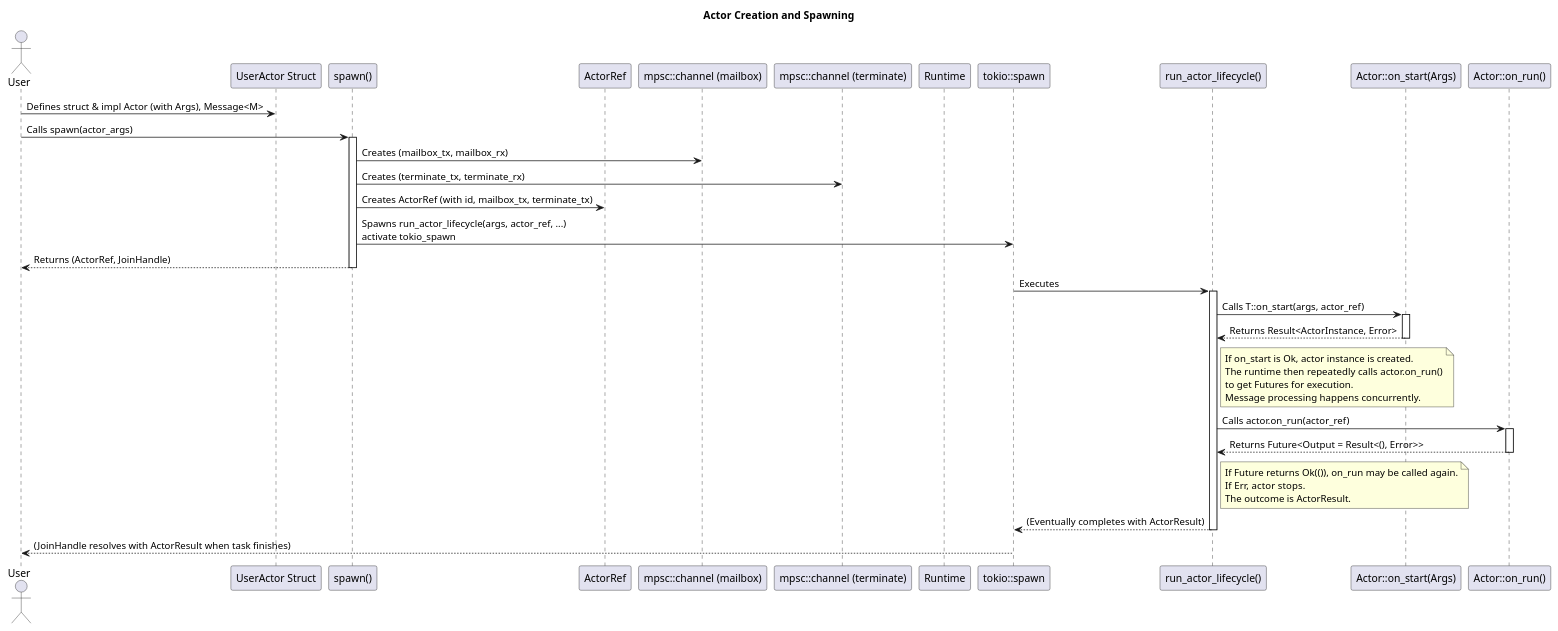
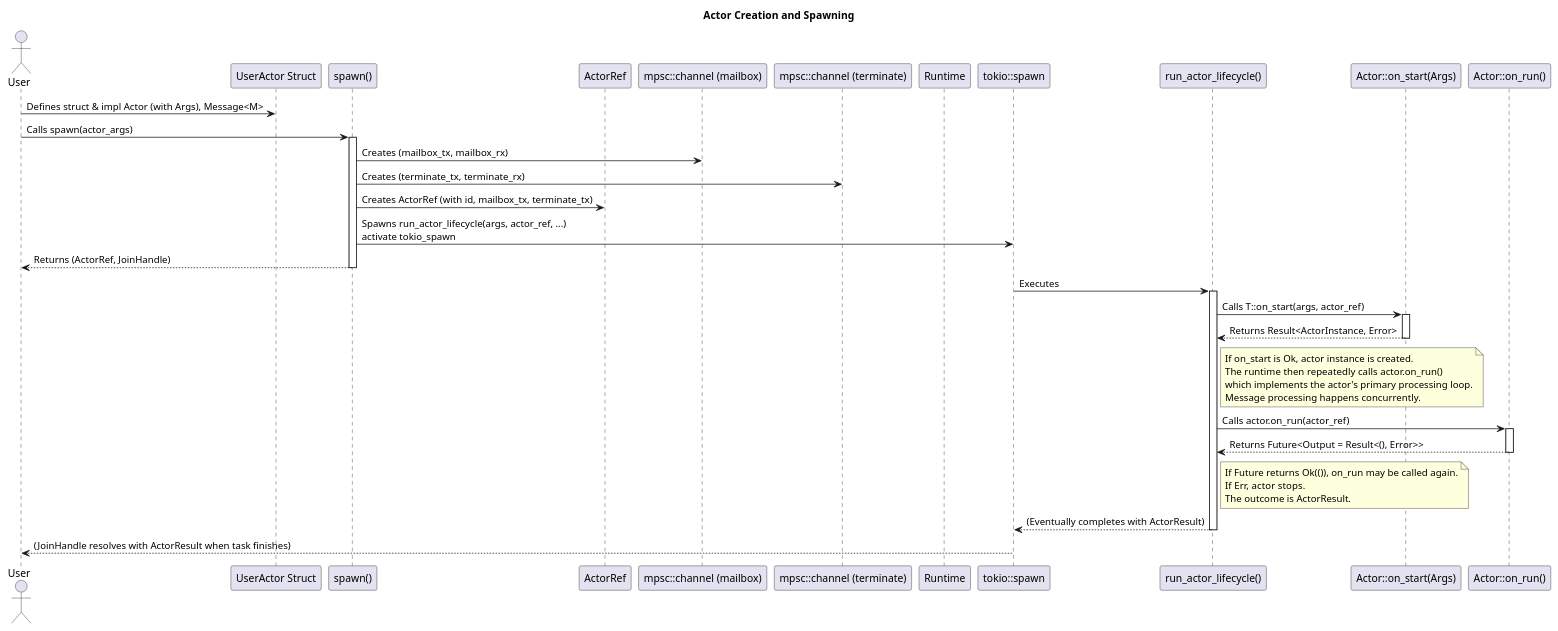
Before and after one commit to hiking90/rsactor: the diagram in docs/creation.puml, drawn with PlantUML. The commit also changed 5 other files, not shown here.

```diff
--- a/docs/creation.puml
+++ b/docs/creation.puml
@@ -1,55 +1,55 @@
 @startuml Actor Creation and Spawning
 title Actor Creation and Spawning
 
 actor User
 participant "UserActor Struct" as UserActor
 participant "spawn()" as spawn_func
 participant "ActorRef" as ActorRef_type
 participant "mpsc::channel (mailbox)" as MailboxChannel
 participant "mpsc::channel (terminate)" as TerminateChannel
 participant "Runtime" as Runtime_type
 participant "tokio::spawn" as tokio_spawn
 participant "run_actor_lifecycle()" as run_lifecycle
 participant "Actor::on_start(Args)" as on_start_method
 participant "Actor::on_run()" as on_run_method
 
 User -> UserActor: Defines struct & impl Actor (with Args), Message<M>
 User -> spawn_func: Calls spawn(actor_args)
 activate spawn_func
 
 spawn_func -> MailboxChannel: Creates (mailbox_tx, mailbox_rx)
 spawn_func -> TerminateChannel: Creates (terminate_tx, terminate_rx)
 spawn_func -> ActorRef_type: Creates ActorRef (with id, mailbox_tx, terminate_tx)
 spawn_func -> tokio_spawn: Spawns run_actor_lifecycle(args, actor_ref, ...)\nactivate tokio_spawn
 spawn_func --> User: Returns (ActorRef, JoinHandle)
 deactivate spawn_func
 
 tokio_spawn -> run_lifecycle: Executes
 activate run_lifecycle
 run_lifecycle -> on_start_method: Calls T::on_start(args, actor_ref)
 activate on_start_method
 on_start_method --> run_lifecycle: Returns Result<ActorInstance, Error>
 deactivate on_start_method
 
 note right of run_lifecycle
   If on_start is Ok, actor instance is created.
   The runtime then repeatedly calls actor.on_run()
-  to get Futures for execution.
+  which implements the actor's primary processing loop.
   Message processing happens concurrently.
 end note
 run_lifecycle -> on_run_method: Calls actor.on_run(actor_ref)
 activate on_run_method
 on_run_method --> run_lifecycle: Returns Future<Output = Result<(), Error>>
 deactivate on_run_method
 note right of run_lifecycle
   If Future returns Ok(()), on_run may be called again.
   If Err, actor stops.
   The outcome is ActorResult.
 end note
 
 run_lifecycle --> tokio_spawn: (Eventually completes with ActorResult)
 deactivate run_lifecycle
 tokio_spawn --> User: (JoinHandle resolves with ActorResult when task finishes)
 deactivate tokio_spawn
 
 @enduml
```
